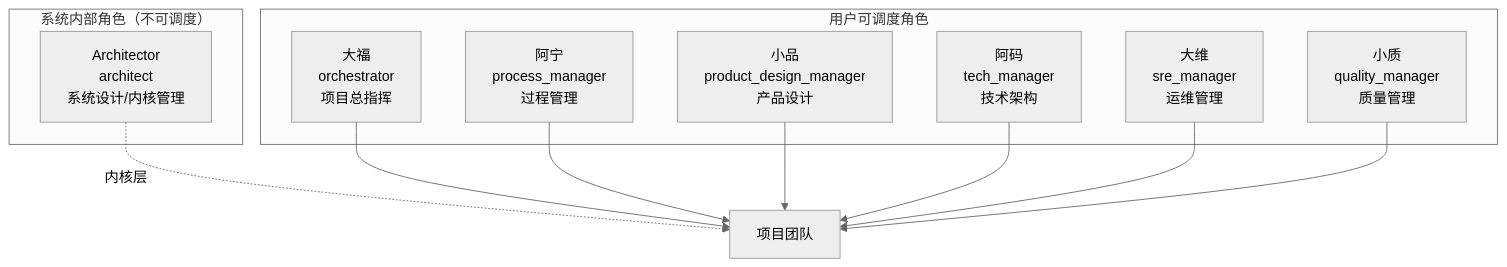
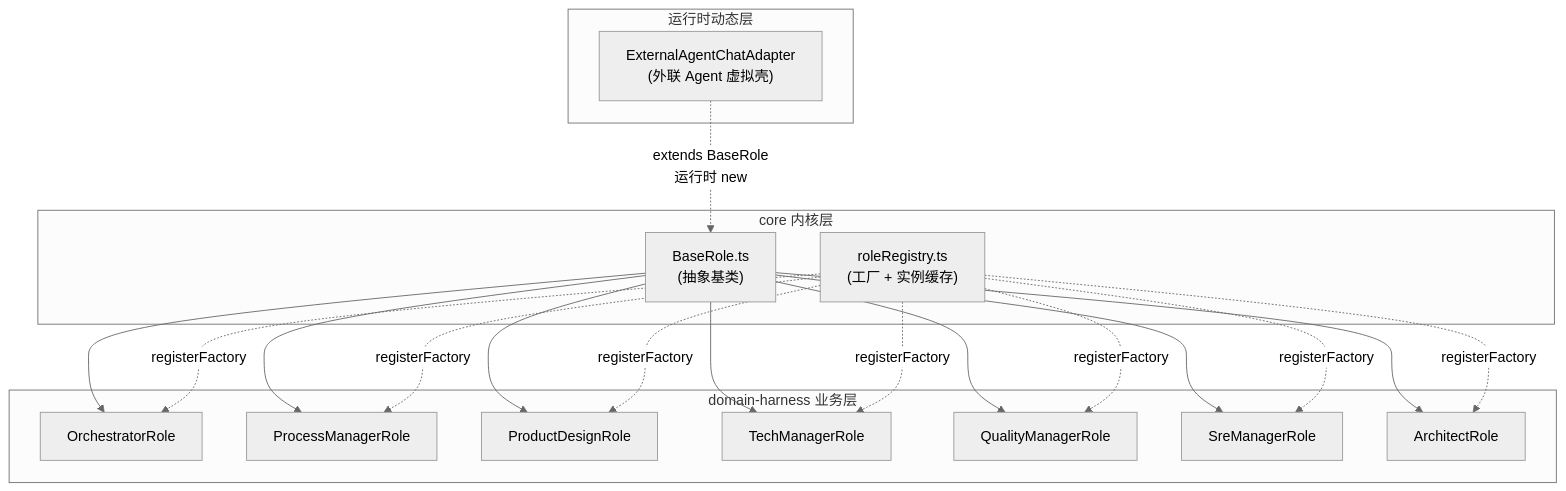
The second of 3 diagrams in src/part4-agent/ch09-digital-employee.md (GGwujun/deep-dive-winmatrix), drawn with Mermaid (neutral theme) before and after one commit. The commit also changed other lines of this file and 35 other files, not shown here.

````diff
--- a/src/part4-agent/ch09-digital-employee.md
+++ b/src/part4-agent/ch09-digital-employee.md
@@ -105,23 +123,25 @@
 ```mermaid
 graph TB
-    subgraph "系统内部角色（不可调度）"
-        A0["Architector<br/>architect<br/>系统设计/内核管理"]
+    subgraph "core 内核层"
+        BR["BaseRole.ts<br/>(抽象基类)"]
+        RR["roleRegistry.ts<br/>(工厂 + 实例缓存)"]
     end
 
-    subgraph "用户可调度角色"
-        A1["大福<br/>orchestrator<br/>项目总指挥"]
-        A2["阿宁<br/>process_manager<br/>过程管理"]
-        A3["小品<br/>product_design_manager<br/>产品设计"]
-        A4["阿码<br/>tech_manager<br/>技术架构"]
-        A5["大维<br/>sre_manager<br/>运维管理"]
-        A6["小质<br/>quality_manager<br/>质量管理"]
+    subgraph "domain-harness 业务层"
+        A1["OrchestratorRole"]
+        A2["ProcessManagerRole"]
+        A3["ProductDesignRole"]
+        A4["TechManagerRole"]
+        A5["QualityManagerRole"]
+        A6["SreManagerRole"]
+        A7["ArchitectRole"]
     end
 
-    A0 -.->|"内核层"| TEAM["项目团队"]
-    A1 --> TEAM
-    A2 --> TEAM
-    A3 --> TEAM
-    A4 --> TEAM
-    A5 --> TEAM
-    A6 --> TEAM
+    subgraph "运行时动态层"
+        EA["ExternalAgentChatAdapter<br/>(外联 Agent 虚拟壳)"]
+    end
+
+    BR --> A1 & A2 & A3 & A4 & A5 & A6 & A7
+    RR -.->|"registerFactory"| A1 & A2 & A3 & A4 & A5 & A6 & A7
+    EA -.->|"extends BaseRole<br/>运行时 new"| BR
 ```
````
